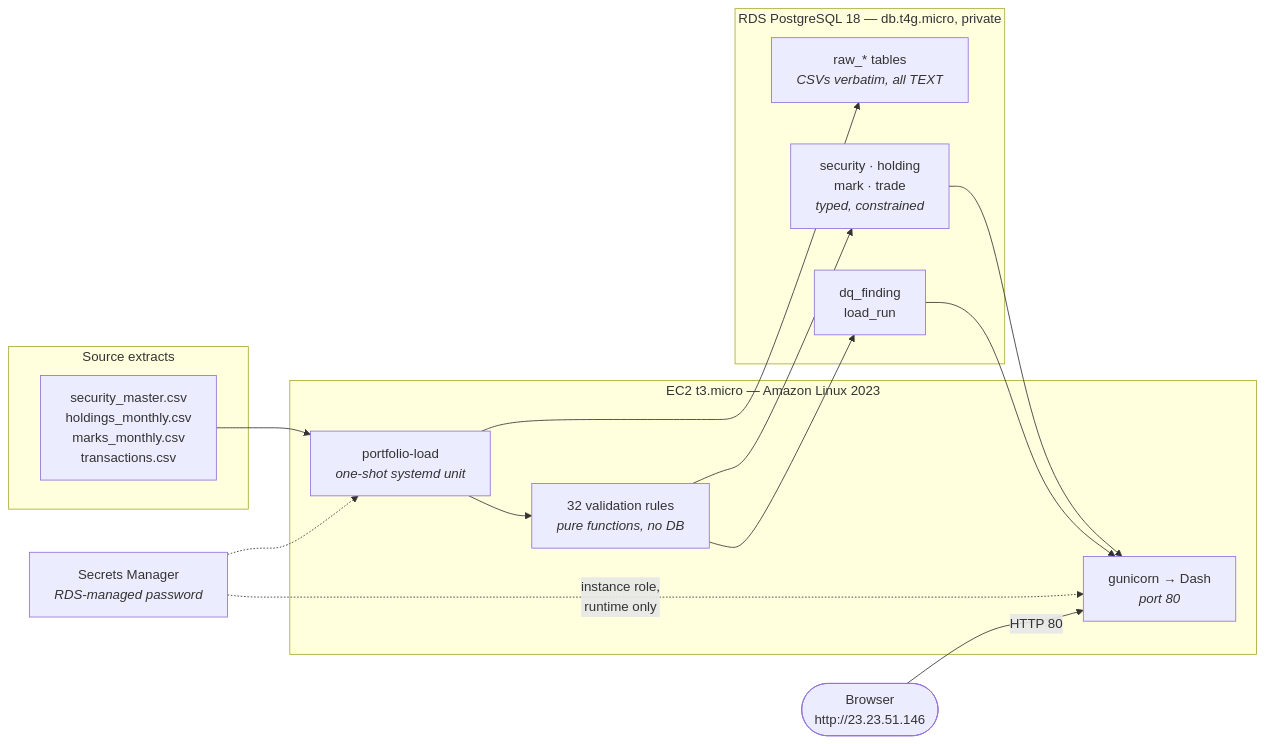
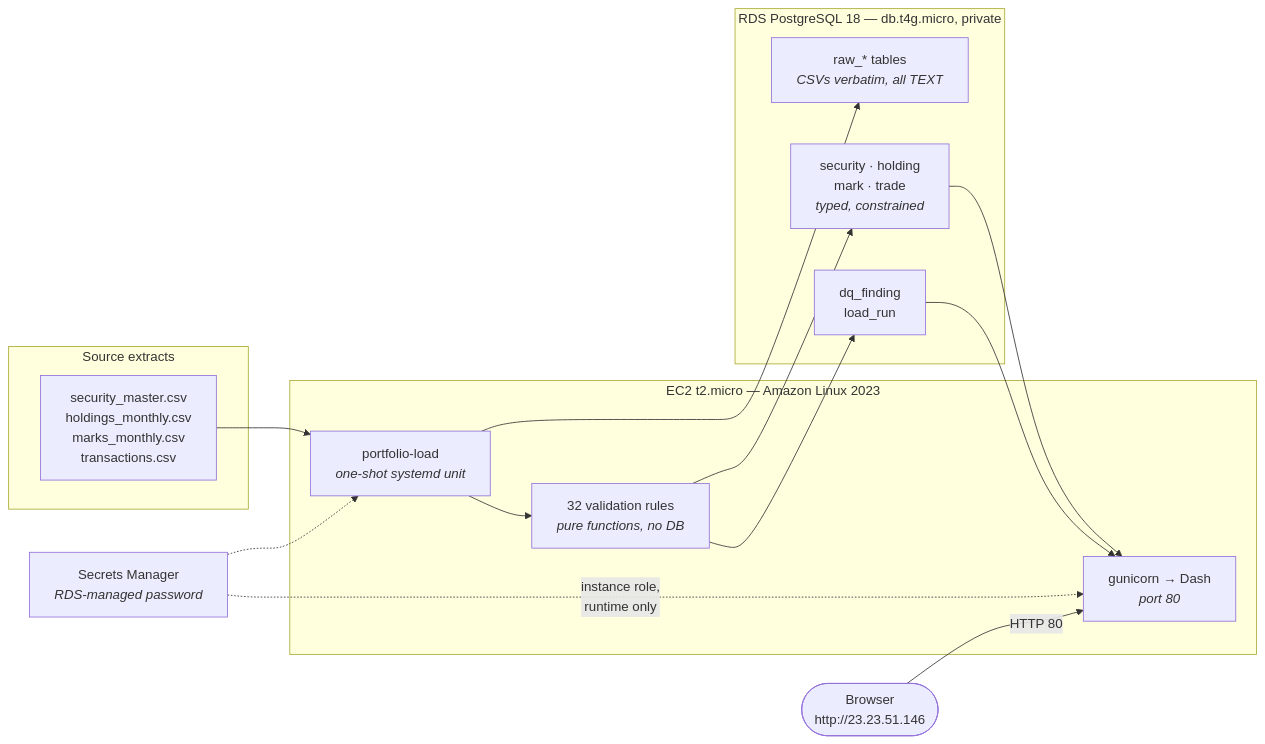
One commit to lessouffrances/fixed-income-portfolio-analytics changed the diagram in README.md. Above: the diagram before and after it, drawn with Mermaid. The commit also changed other lines of this file and 1 other file, not shown here.

````diff
--- a/README.md
+++ b/README.md
@@ -28,32 +28,32 @@
 ```mermaid
 flowchart LR
     subgraph src["Source extracts"]
         CSV["security_master.csv<br/>holdings_monthly.csv<br/>marks_monthly.csv<br/>transactions.csv"]
     end
 
-    subgraph ec2["EC2 t3.micro — Amazon Linux 2023"]
+    subgraph ec2["EC2 t2.micro — Amazon Linux 2023"]
         LOAD["portfolio-load<br/><i>one-shot systemd unit</i>"]
         RULES["32 validation rules<br/><i>pure functions, no DB</i>"]
         APP["gunicorn → Dash<br/><i>port 80</i>"]
         LOAD --> RULES
     end
 
     subgraph rds["RDS PostgreSQL 18 — db.t4g.micro, private"]
         RAW["raw_* tables<br/><i>CSVs verbatim, all TEXT</i>"]
         CUR["security · holding<br/>mark · trade<br/><i>typed, constrained</i>"]
         DQ["dq_finding<br/>load_run"]
     end
 
     SM["Secrets Manager<br/><i>RDS-managed password</i>"]
 
     CSV --> LOAD
     LOAD --> RAW
     RULES --> CUR
     RULES --> DQ
     CUR --> APP
     DQ --> APP
     SM -.->|"instance role,<br/>runtime only"| APP
     SM -.-> LOAD
 
     USER(["Browser<br/>http://23.23.51.146"]) -->|HTTP 80| APP
 ```
````
